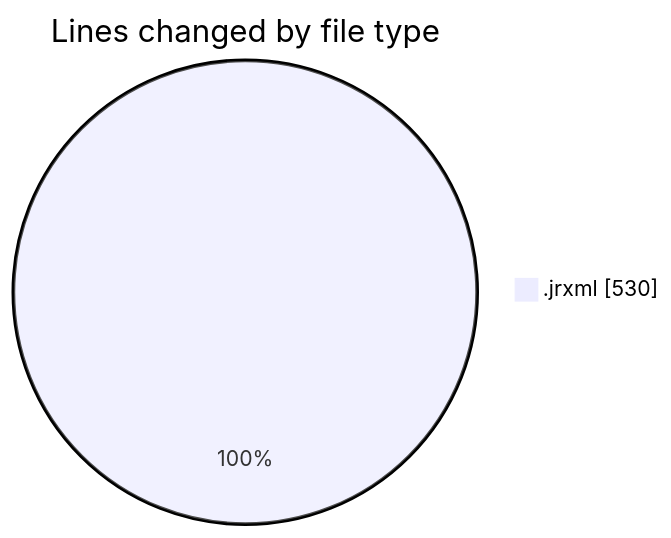
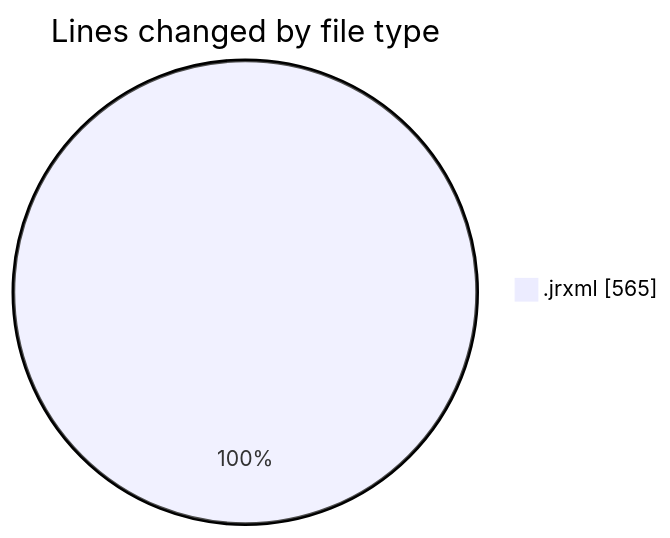
One commit to ricardozamudiocil/code-tracking changed the first of 2 diagrams in 2026-04-28/cilreports__workspace_/README.md. Above: the diagram before and after it, drawn with Mermaid. The commit also changed other lines of this file and 1 other file, not shown here.

````diff
--- a/2026-04-28/cilreports__workspace_/README.md
+++ b/2026-04-28/cilreports__workspace_/README.md
@@ -20,5 +20,5 @@
 ```mermaid
 pie showData
 title Lines changed by file type
-".jrxml" : 530
+".jrxml" : 565
 ```
````
